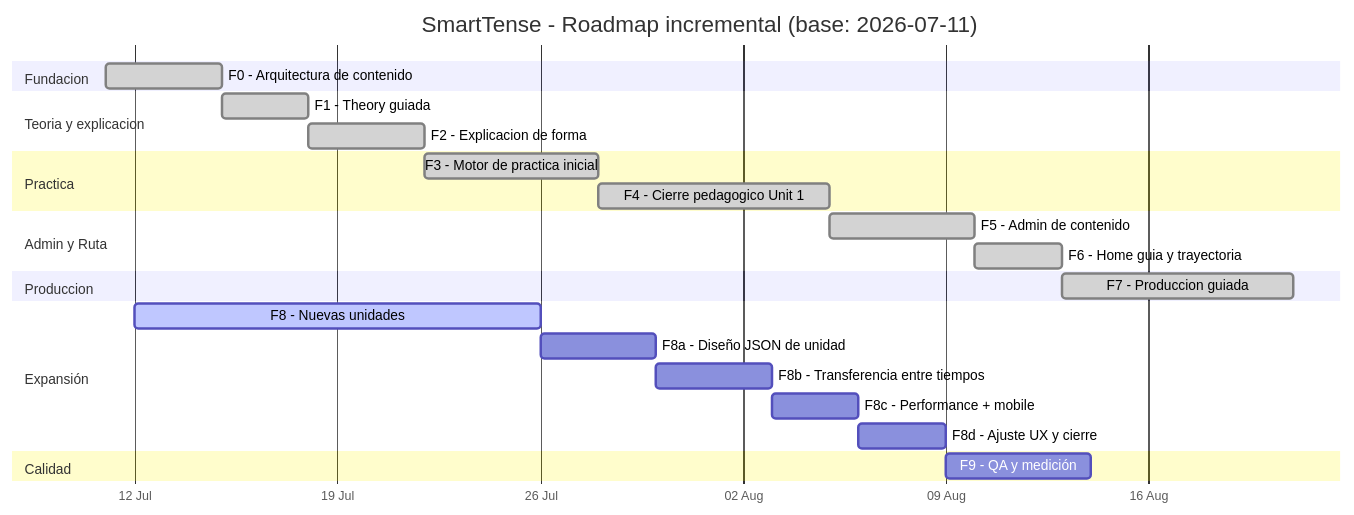
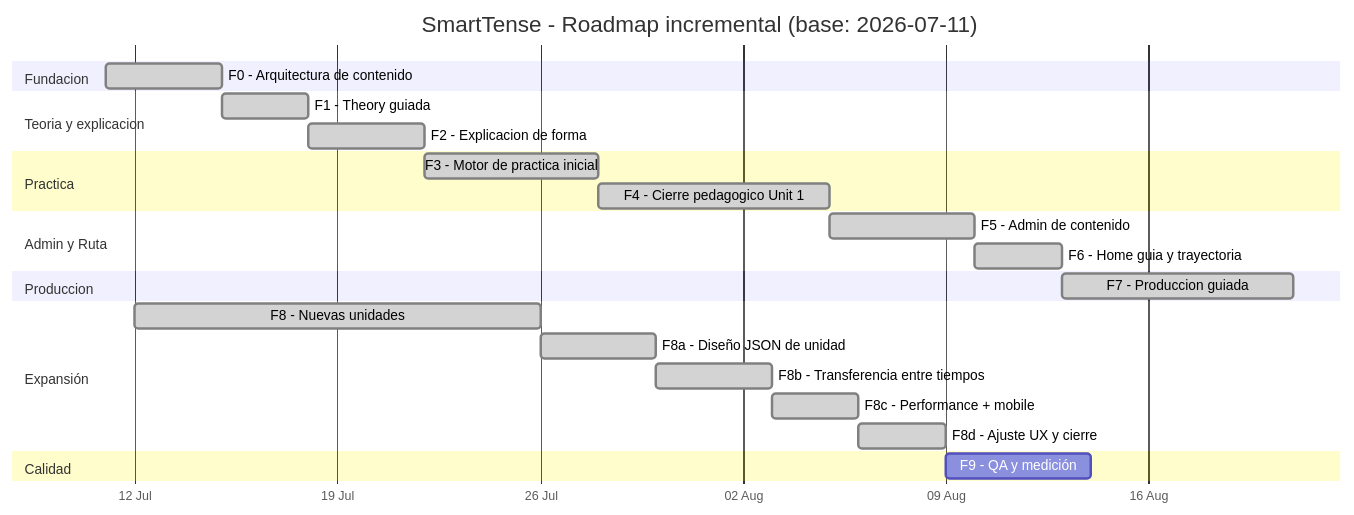
The diagram in docs/DEVELOPMENT_ROADMAP_INCREMENTAL.md (dafermen/SmartTense), drawn with Mermaid before and after one commit. The commit also changed other lines of this file and 3 other files, not shown here.

````diff
--- a/docs/DEVELOPMENT_ROADMAP_INCREMENTAL.md
+++ b/docs/DEVELOPMENT_ROADMAP_INCREMENTAL.md
@@ -148,27 +148,27 @@
 ```mermaid
 gantt
   title SmartTense - Roadmap incremental (base: 2026-07-11)
   dateFormat  YYYY-MM-DD
   axisFormat  %d %b
   section Fundacion
   F0 - Arquitectura de contenido       :done, f0, 2026-07-11, 4d
   section Teoria y explicacion
   F1 - Theory guiada                   :done, f1, after f0, 3d
   F2 - Explicacion de forma            :done, f2, after f1, 4d
   section Practica
   F3 - Motor de practica inicial        :done, f3, after f2, 6d
   F4 - Cierre pedagogico Unit 1        :done, f4, after f3, 8d
   section Admin y Ruta
   F5 - Admin de contenido              :done, f5, after f4, 5d
   F6 - Home guia y trayectoria         :done, f6, after f5, 3d
   section Produccion
   F7 - Produccion guiada               :done, f7, after f6, 8d
   section Expansión
-  F8 - Nuevas unidades                 :active, f8, 2026-07-12, 14d
-  F8a - Diseño JSON de unidad           :f8a, after f8, 4d
-  F8b - Transferencia entre tiempos     :f8b, after f8a, 4d
-  F8c - Performance + mobile            :f8c, after f8b, 3d
-  F8d - Ajuste UX y cierre              :f8d, after f8c, 3d
+  F8 - Nuevas unidades                 :done, f8, 2026-07-12, 14d
+  F8a - Diseño JSON de unidad           :done, f8a, after f8, 4d
+  F8b - Transferencia entre tiempos     :done, f8b, after f8a, 4d
+  F8c - Performance + mobile            :done, f8c, after f8b, 3d
+  F8d - Ajuste UX y cierre              :done, f8d, after f8c, 3d
   section Calidad
   F9 - QA y medición                    :f9, after f8d, 5d
 ```
````
